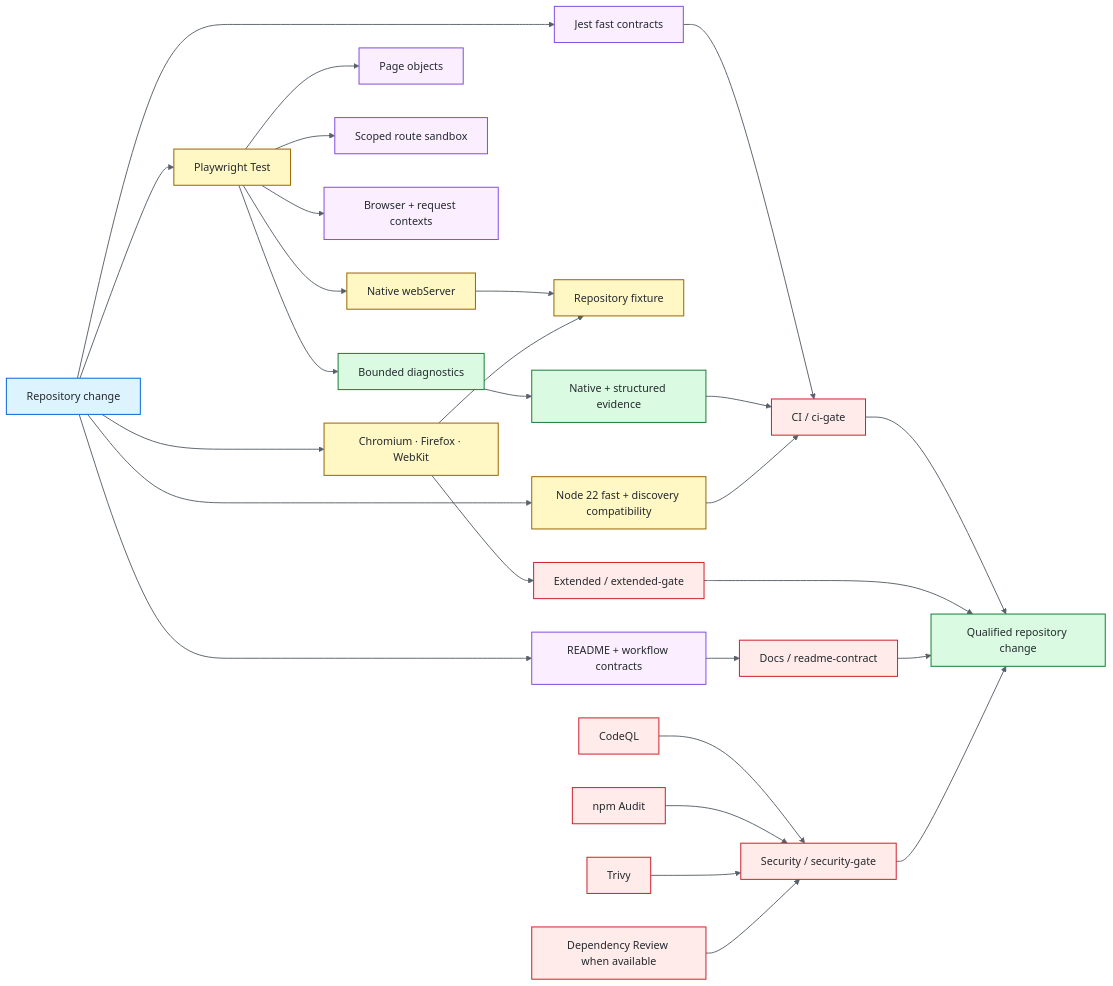
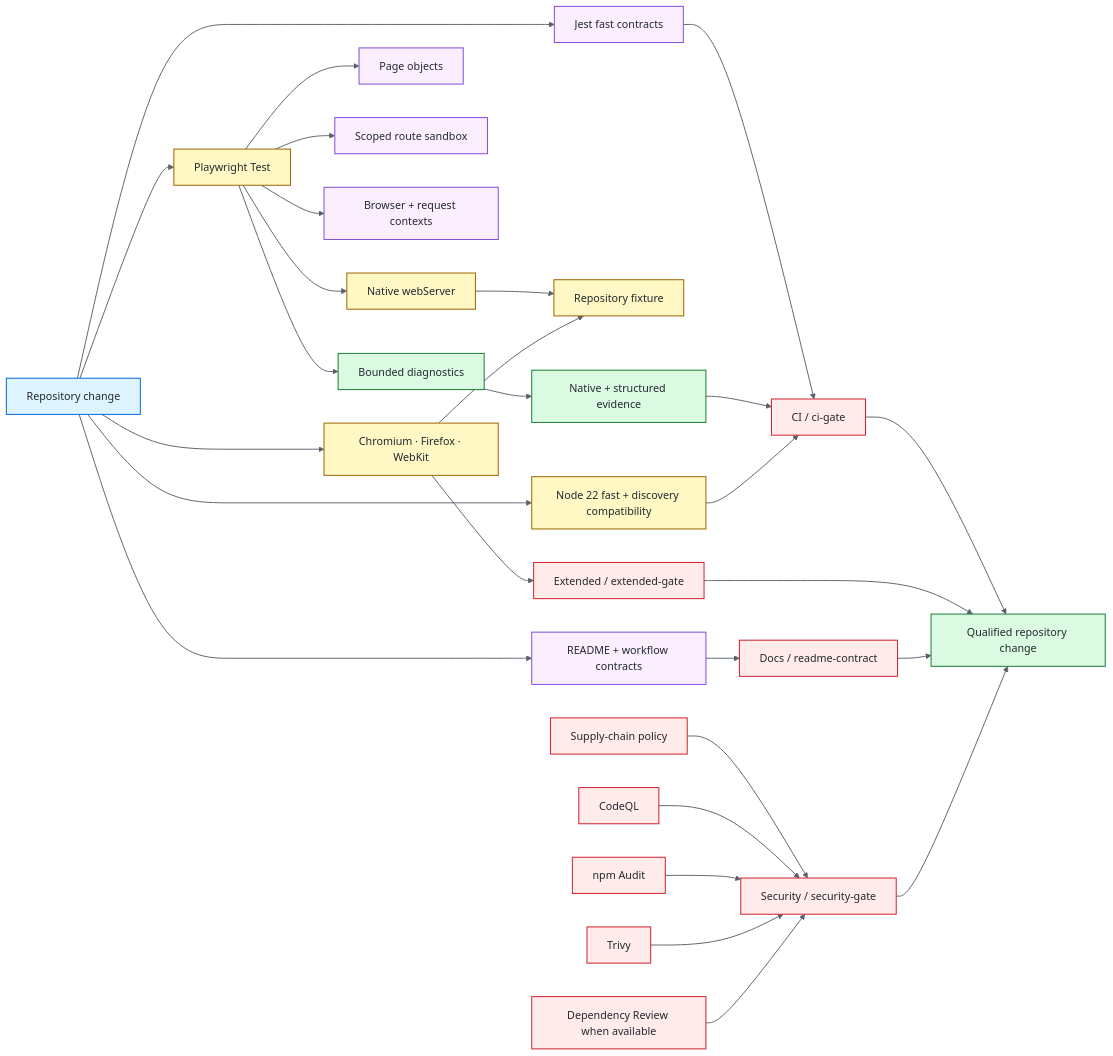
One commit to portyu9/qa-automation-node-playwright changed the diagram in README.md. Above: the diagram before and after it, drawn with Mermaid (base theme).

Commit message:
docs: show supply-chain policy in security diagram

````diff
--- a/README.md
+++ b/README.md
@@ -42,45 +42,46 @@
 ```mermaid
 flowchart LR
     CHANGE[Repository change] --> JEST[Jest fast contracts]
     CHANGE --> PW[Playwright Test]
     PW --> WEB[Native webServer]
     WEB --> FIX[Repository fixture]
     PW --> PAGE[Page objects]
     PW --> ROUTE[Scoped route sandbox]
     PW --> CTX[Browser + request contexts]
     PW --> DIAG[Bounded diagnostics]
     DIAG --> EV[Native + structured evidence]
     JEST --> CIG[CI / ci-gate]
     EV --> CIG
     CHANGE --> NODE22[Node 22 fast + discovery compatibility]
     NODE22 --> CIG
 
     CHANGE --> EXT[Chromium · Firefox · WebKit]
     EXT --> FIX
     EXT --> EG[Extended / extended-gate]
 
     CHANGE --> DOCS[README + workflow contracts]
     DOCS --> DG[Docs / readme-contract]
 
-    SAST[CodeQL] --> SG[Security / security-gate]
+    SUPPLY[Supply-chain policy] --> SG[Security / security-gate]
+    SAST[CodeQL] --> SG
     AUDIT[npm Audit] --> SG
     TRIVY[Trivy] --> SG
     REVIEW[Dependency Review when available] --> SG
 
     CIG --> RESULT[Qualified repository change]
     EG --> RESULT
     DG --> RESULT
     SG --> RESULT
 
     classDef entry fill:#ddf4ff,stroke:#0969da,color:#24292f,stroke-width:1.5px;
     classDef policy fill:#fbefff,stroke:#8250df,color:#24292f,stroke-width:1.5px;
     classDef runtime fill:#fff8c5,stroke:#9a6700,color:#24292f,stroke-width:1.5px;
     classDef evidence fill:#dafbe1,stroke:#1a7f37,color:#24292f,stroke-width:1.5px;
     classDef gate fill:#ffebe9,stroke:#cf222e,color:#24292f,stroke-width:1.5px;
     class CHANGE entry;
     class JEST,PAGE,ROUTE,CTX,DOCS policy;
     class PW,WEB,FIX,NODE22,EXT runtime;
     class DIAG,EV,RESULT evidence;
-    class CIG,EG,DG,SAST,AUDIT,TRIVY,REVIEW,SG gate;
+    class CIG,EG,DG,SUPPLY,SAST,AUDIT,TRIVY,REVIEW,SG gate;
     linkStyle default stroke:#57606a,stroke-width:1.4px;
 ```
````
